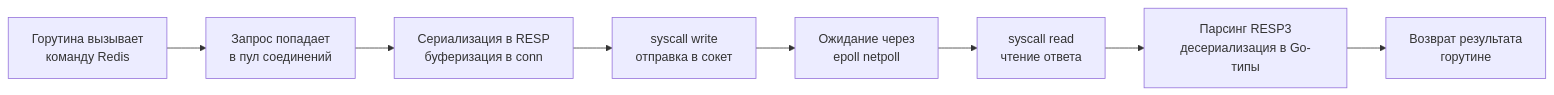
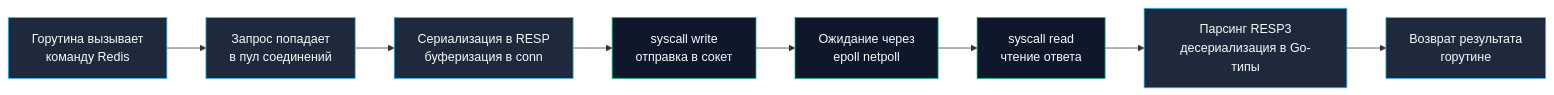
Before and after one commit to UnrealTemplier/go-textbook: the diagram in sources/9. Бэкенд на Go (Практика разработки)/25. Работа с Redis.md, drawn with Mermaid. The commit also changed other lines of this file, not shown here.

````diff
--- a/sources/9. Бэкенд на Go (Практика разработки)/25. Работа с Redis.md
+++ b/sources/9. Бэкенд на Go (Практика разработки)/25. Работа с Redis.md
@@ -15,10 +19,15 @@
 ```mermaid
 flowchart LR
     A["Горутина вызывает<br>команду Redis"] --> B["Запрос попадает<br>в пул соединений"]
     B --> C["Сериализация в RESP<br>буферизация в conn"]
     C --> D["syscall write<br>отправка в сокет"]
     D --> E["Ожидание через<br>epoll netpoll"]
     E --> F["syscall read<br>чтение ответа"]
     F --> G["Парсинг RESP3<br>десериализация в Go-типы"]
     G --> H["Возврат результата<br>горутине"]
+
+    classDef normal fill:#1e293b,stroke:#38bdf8,color:#f8fafc;
+    classDef syscall fill:#0f172a,stroke:#10b981,color:#f8fafc;
+    class A,B,C,G,H normal;
+    class D,E,F syscall;
 ```
````
